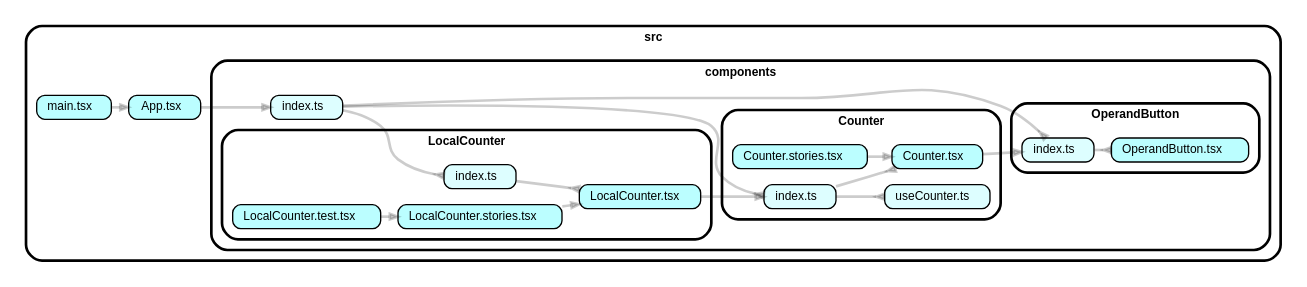
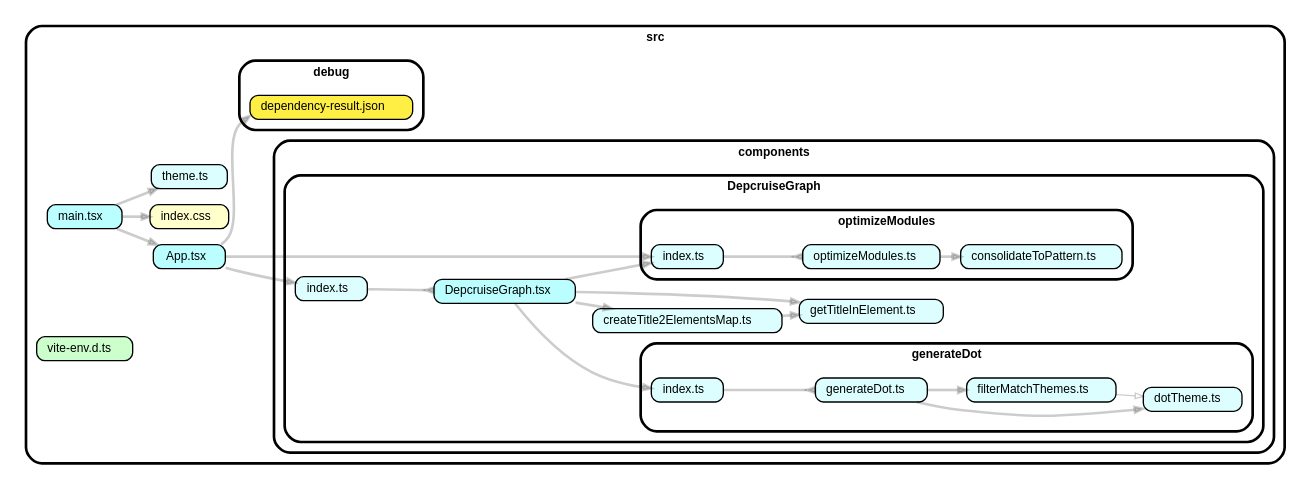
One commit to TakanoriOnuma/depcruise-visualizer changed the diagram in src/debug/dependency-result.dot. Above: the diagram before and after it, drawn with Graphviz. The commit also changed 5 other files, not shown here.

```diff
--- a/src/debug/dependency-result.dot
+++ b/src/debug/dependency-result.dot
@@ -3,31 +3,39 @@
     node [shape="box" style="rounded, filled" height="0.2" color="black" fillcolor="#ffffcc" fontcolor="black" fontname="Helvetica" fontsize="9"]
     edge [arrowhead="normal" arrowsize="0.6" penwidth="2.0" color="#00000033" fontname="Helvetica" fontsize="9"]
 
-    subgraph "cluster_src" {label="src" "src/App.tsx" [label=<App.tsx> tooltip="App.tsx" URL="https://github.com/TakanoriOnuma/trial-dependency-cruiser/blob/main/src/App.tsx" fillcolor="#bbfeff"] }
-    "src/App.tsx" -> "src/components/index.ts"
-    subgraph "cluster_src" {label="src" subgraph "cluster_src/components" {label="components" subgraph "cluster_src/components/Counter" {label="Counter" "src/components/Counter/Counter.stories.tsx" [label=<Counter.stories.tsx> tooltip="Counter.stories.tsx" URL="https://github.com/TakanoriOnuma/trial-dependency-cruiser/blob/main/src/components/Counter/Counter.stories.tsx" fillcolor="#bbfeff"] } } }
-    "src/components/Counter/Counter.stories.tsx" -> "src/components/Counter/Counter.tsx"
-    subgraph "cluster_src" {label="src" subgraph "cluster_src/components" {label="components" subgraph "cluster_src/components/Counter" {label="Counter" "src/components/Counter/Counter.tsx" [label=<Counter.tsx> tooltip="Counter.tsx" URL="https://github.com/TakanoriOnuma/trial-dependency-cruiser/blob/main/src/components/Counter/Counter.tsx" fillcolor="#bbfeff"] } } }
-    "src/components/Counter/Counter.tsx" -> "src/components/OperandButton/index.ts"
-    subgraph "cluster_src" {label="src" subgraph "cluster_src/components" {label="components" subgraph "cluster_src/components/Counter" {label="Counter" "src/components/Counter/index.ts" [label=<index.ts> tooltip="index.ts" URL="https://github.com/TakanoriOnuma/trial-dependency-cruiser/blob/main/src/components/Counter/index.ts" fillcolor="#ddfeff"] } } }
-    "src/components/Counter/index.ts" -> "src/components/Counter/Counter.tsx" [arrowhead="inv"]
-    "src/components/Counter/index.ts" -> "src/components/Counter/useCounter.ts" [arrowhead="inv"]
-    subgraph "cluster_src" {label="src" subgraph "cluster_src/components" {label="components" subgraph "cluster_src/components/Counter" {label="Counter" "src/components/Counter/useCounter.ts" [label=<useCounter.ts> tooltip="useCounter.ts" URL="https://github.com/TakanoriOnuma/trial-dependency-cruiser/blob/main/src/components/Counter/useCounter.ts" fillcolor="#ddfeff"] } } }
-    subgraph "cluster_src" {label="src" subgraph "cluster_src/components" {label="components" subgraph "cluster_src/components/LocalCounter" {label="LocalCounter" "src/components/LocalCounter/LocalCounter.stories.tsx" [label=<LocalCounter.stories.tsx> tooltip="LocalCounter.stories.tsx" URL="https://github.com/TakanoriOnuma/trial-dependency-cruiser/blob/main/src/components/LocalCounter/LocalCounter.stories.tsx" fillcolor="#bbfeff"] } } }
-    "src/components/LocalCounter/LocalCounter.stories.tsx" -> "src/components/LocalCounter/LocalCounter.tsx"
-    subgraph "cluster_src" {label="src" subgraph "cluster_src/components" {label="components" subgraph "cluster_src/components/LocalCounter" {label="LocalCounter" "src/components/LocalCounter/LocalCounter.test.tsx" [label=<LocalCounter.test.tsx> tooltip="LocalCounter.test.tsx" URL="https://github.com/TakanoriOnuma/trial-dependency-cruiser/blob/main/src/components/LocalCounter/LocalCounter.test.tsx" fillcolor="#bbfeff"] } } }
-    "src/components/LocalCounter/LocalCounter.test.tsx" -> "src/components/LocalCounter/LocalCounter.stories.tsx"
-    subgraph "cluster_src" {label="src" subgraph "cluster_src/components" {label="components" subgraph "cluster_src/components/LocalCounter" {label="LocalCounter" "src/components/LocalCounter/LocalCounter.tsx" [label=<LocalCounter.tsx> tooltip="LocalCounter.tsx" URL="https://github.com/TakanoriOnuma/trial-dependency-cruiser/blob/main/src/components/LocalCounter/LocalCounter.tsx" fillcolor="#bbfeff"] } } }
-    "src/components/LocalCounter/LocalCounter.tsx" -> "src/components/Counter/index.ts"
-    subgraph "cluster_src" {label="src" subgraph "cluster_src/components" {label="components" subgraph "cluster_src/components/LocalCounter" {label="LocalCounter" "src/components/LocalCounter/index.ts" [label=<index.ts> tooltip="index.ts" URL="https://github.com/TakanoriOnuma/trial-dependency-cruiser/blob/main/src/components/LocalCounter/index.ts" fillcolor="#ddfeff"] } } }
-    "src/components/LocalCounter/index.ts" -> "src/components/LocalCounter/LocalCounter.tsx" [arrowhead="inv"]
-    subgraph "cluster_src" {label="src" subgraph "cluster_src/components" {label="components" subgraph "cluster_src/components/OperandButton" {label="OperandButton" "src/components/OperandButton/OperandButton.tsx" [label=<OperandButton.tsx> tooltip="OperandButton.tsx" URL="https://github.com/TakanoriOnuma/trial-dependency-cruiser/blob/main/src/components/OperandButton/OperandButton.tsx" fillcolor="#bbfeff"] } } }
-    subgraph "cluster_src" {label="src" subgraph "cluster_src/components" {label="components" subgraph "cluster_src/components/OperandButton" {label="OperandButton" "src/components/OperandButton/index.ts" [label=<index.ts> tooltip="index.ts" URL="https://github.com/TakanoriOnuma/trial-dependency-cruiser/blob/main/src/components/OperandButton/index.ts" fillcolor="#ddfeff"] } } }
-    "src/components/OperandButton/index.ts" -> "src/components/OperandButton/OperandButton.tsx" [arrowhead="inv"]
-    subgraph "cluster_src" {label="src" subgraph "cluster_src/components" {label="components" "src/components/index.ts" [label=<index.ts> tooltip="index.ts" URL="https://github.com/TakanoriOnuma/trial-dependency-cruiser/blob/main/src/components/index.ts" fillcolor="#ddfeff"] } }
-    "src/components/index.ts" -> "src/components/Counter/index.ts" [arrowhead="inv"]
-    "src/components/index.ts" -> "src/components/LocalCounter/index.ts" [arrowhead="inv"]
-    "src/components/index.ts" -> "src/components/OperandButton/index.ts" [arrowhead="inv"]
-    subgraph "cluster_src" {label="src" "src/main.tsx" [label=<main.tsx> tooltip="main.tsx" URL="https://github.com/TakanoriOnuma/trial-dependency-cruiser/blob/main/src/main.tsx" fillcolor="#bbfeff"] }
+    subgraph "cluster_src" {label="src" "src/App.tsx" [label=<App.tsx> tooltip="App.tsx" URL="https://github.com/TakanoriOnuma/depcruise-visualizer/blob/main/src/App.tsx" fillcolor="#bbfeff"] }
+    "src/App.tsx" -> "src/components/DepcruiseGraph/index.ts"
+    "src/App.tsx" -> "src/components/DepcruiseGraph/optimizeModules/index.ts"
+    "src/App.tsx" -> "src/debug/dependency-result.json"
+    subgraph "cluster_src" {label="src" subgraph "cluster_src/components" {label="components" subgraph "cluster_src/components/DepcruiseGraph" {label="DepcruiseGraph" "src/components/DepcruiseGraph/DepcruiseGraph.tsx" [label=<DepcruiseGraph.tsx> tooltip="DepcruiseGraph.tsx" URL="https://github.com/TakanoriOnuma/depcruise-visualizer/blob/main/src/components/DepcruiseGraph/DepcruiseGraph.tsx" fillcolor="#bbfeff"] } } }
+    "src/components/DepcruiseGraph/DepcruiseGraph.tsx" -> "src/components/DepcruiseGraph/createTitle2ElementsMap.ts"
+    "src/components/DepcruiseGraph/DepcruiseGraph.tsx" -> "src/components/DepcruiseGraph/generateDot/index.ts"
+    "src/components/DepcruiseGraph/DepcruiseGraph.tsx" -> "src/components/DepcruiseGraph/getTitleInElement.ts"
+    "src/components/DepcruiseGraph/DepcruiseGraph.tsx" -> "src/components/DepcruiseGraph/optimizeModules/index.ts"
+    subgraph "cluster_src" {label="src" subgraph "cluster_src/components" {label="components" subgraph "cluster_src/components/DepcruiseGraph" {label="DepcruiseGraph" "src/components/DepcruiseGraph/createTitle2ElementsMap.ts" [label=<createTitle2ElementsMap.ts> tooltip="createTitle2ElementsMap.ts" URL="https://github.com/TakanoriOnuma/depcruise-visualizer/blob/main/src/components/DepcruiseGraph/createTitle2ElementsMap.ts" fillcolor="#ddfeff"] } } }
+    "src/components/DepcruiseGraph/createTitle2ElementsMap.ts" -> "src/components/DepcruiseGraph/getTitleInElement.ts"
+    subgraph "cluster_src" {label="src" subgraph "cluster_src/components" {label="components" subgraph "cluster_src/components/DepcruiseGraph" {label="DepcruiseGraph" subgraph "cluster_src/components/DepcruiseGraph/generateDot" {label="generateDot" "src/components/DepcruiseGraph/generateDot/dotTheme.ts" [label=<dotTheme.ts> tooltip="dotTheme.ts" URL="https://github.com/TakanoriOnuma/depcruise-visualizer/blob/main/src/components/DepcruiseGraph/generateDot/dotTheme.ts" fillcolor="#ddfeff"] } } } }
+    subgraph "cluster_src" {label="src" subgraph "cluster_src/components" {label="components" subgraph "cluster_src/components/DepcruiseGraph" {label="DepcruiseGraph" subgraph "cluster_src/components/DepcruiseGraph/generateDot" {label="generateDot" "src/components/DepcruiseGraph/generateDot/filterMatchThemes.ts" [label=<filterMatchThemes.ts> tooltip="filterMatchThemes.ts" URL="https://github.com/TakanoriOnuma/depcruise-visualizer/blob/main/src/components/DepcruiseGraph/generateDot/filterMatchThemes.ts" fillcolor="#ddfeff"] } } } }
+    "src/components/DepcruiseGraph/generateDot/filterMatchThemes.ts" -> "src/components/DepcruiseGraph/generateDot/dotTheme.ts" [arrowhead="onormal" penwidth="1.0"]
+    subgraph "cluster_src" {label="src" subgraph "cluster_src/components" {label="components" subgraph "cluster_src/components/DepcruiseGraph" {label="DepcruiseGraph" subgraph "cluster_src/components/DepcruiseGraph/generateDot" {label="generateDot" "src/components/DepcruiseGraph/generateDot/generateDot.ts" [label=<generateDot.ts> tooltip="generateDot.ts" URL="https://github.com/TakanoriOnuma/depcruise-visualizer/blob/main/src/components/DepcruiseGraph/generateDot/generateDot.ts" fillcolor="#ddfeff"] } } } }
+    "src/components/DepcruiseGraph/generateDot/generateDot.ts" -> "src/components/DepcruiseGraph/generateDot/dotTheme.ts"
+    "src/components/DepcruiseGraph/generateDot/generateDot.ts" -> "src/components/DepcruiseGraph/generateDot/filterMatchThemes.ts"
+    subgraph "cluster_src" {label="src" subgraph "cluster_src/components" {label="components" subgraph "cluster_src/components/DepcruiseGraph" {label="DepcruiseGraph" subgraph "cluster_src/components/DepcruiseGraph/generateDot" {label="generateDot" "src/components/DepcruiseGraph/generateDot/index.ts" [label=<index.ts> tooltip="index.ts" URL="https://github.com/TakanoriOnuma/depcruise-visualizer/blob/main/src/components/DepcruiseGraph/generateDot/index.ts" fillcolor="#ddfeff"] } } } }
+    "src/components/DepcruiseGraph/generateDot/index.ts" -> "src/components/DepcruiseGraph/generateDot/generateDot.ts" [arrowhead="inv"]
+    subgraph "cluster_src" {label="src" subgraph "cluster_src/components" {label="components" subgraph "cluster_src/components/DepcruiseGraph" {label="DepcruiseGraph" "src/components/DepcruiseGraph/getTitleInElement.ts" [label=<getTitleInElement.ts> tooltip="getTitleInElement.ts" URL="https://github.com/TakanoriOnuma/depcruise-visualizer/blob/main/src/components/DepcruiseGraph/getTitleInElement.ts" fillcolor="#ddfeff"] } } }
+    subgraph "cluster_src" {label="src" subgraph "cluster_src/components" {label="components" subgraph "cluster_src/components/DepcruiseGraph" {label="DepcruiseGraph" "src/components/DepcruiseGraph/index.ts" [label=<index.ts> tooltip="index.ts" URL="https://github.com/TakanoriOnuma/depcruise-visualizer/blob/main/src/components/DepcruiseGraph/index.ts" fillcolor="#ddfeff"] } } }
+    "src/components/DepcruiseGraph/index.ts" -> "src/components/DepcruiseGraph/DepcruiseGraph.tsx" [arrowhead="inv"]
+    subgraph "cluster_src" {label="src" subgraph "cluster_src/components" {label="components" subgraph "cluster_src/components/DepcruiseGraph" {label="DepcruiseGraph" subgraph "cluster_src/components/DepcruiseGraph/optimizeModules" {label="optimizeModules" "src/components/DepcruiseGraph/optimizeModules/consolidateToPattern.ts" [label=<consolidateToPattern.ts> tooltip="consolidateToPattern.ts" URL="https://github.com/TakanoriOnuma/depcruise-visualizer/blob/main/src/components/DepcruiseGraph/optimizeModules/consolidateToPattern.ts" fillcolor="#ddfeff"] } } } }
+    subgraph "cluster_src" {label="src" subgraph "cluster_src/components" {label="components" subgraph "cluster_src/components/DepcruiseGraph" {label="DepcruiseGraph" subgraph "cluster_src/components/DepcruiseGraph/optimizeModules" {label="optimizeModules" "src/components/DepcruiseGraph/optimizeModules/index.ts" [label=<index.ts> tooltip="index.ts" URL="https://github.com/TakanoriOnuma/depcruise-visualizer/blob/main/src/components/DepcruiseGraph/optimizeModules/index.ts" fillcolor="#ddfeff"] } } } }
+    "src/components/DepcruiseGraph/optimizeModules/index.ts" -> "src/components/DepcruiseGraph/optimizeModules/optimizeModules.ts" [arrowhead="inv"]
+    subgraph "cluster_src" {label="src" subgraph "cluster_src/components" {label="components" subgraph "cluster_src/components/DepcruiseGraph" {label="DepcruiseGraph" subgraph "cluster_src/components/DepcruiseGraph/optimizeModules" {label="optimizeModules" "src/components/DepcruiseGraph/optimizeModules/optimizeModules.ts" [label=<optimizeModules.ts> tooltip="optimizeModules.ts" URL="https://github.com/TakanoriOnuma/depcruise-visualizer/blob/main/src/components/DepcruiseGraph/optimizeModules/optimizeModules.ts" fillcolor="#ddfeff"] } } } }
+    "src/components/DepcruiseGraph/optimizeModules/optimizeModules.ts" -> "src/components/DepcruiseGraph/optimizeModules/consolidateToPattern.ts"
+    subgraph "cluster_src" {label="src" subgraph "cluster_src/debug" {label="debug" "src/debug/dependency-result.json" [label=<dependency-result.json> tooltip="dependency-result.json" URL="https://github.com/TakanoriOnuma/depcruise-visualizer/blob/main/src/debug/dependency-result.json" fillcolor="#ffee44"] } }
+    subgraph "cluster_src" {label="src" "src/index.css" [label=<index.css> tooltip="index.css" URL="https://github.com/TakanoriOnuma/depcruise-visualizer/blob/main/src/index.css" ] }
+    subgraph "cluster_src" {label="src" "src/main.tsx" [label=<main.tsx> tooltip="main.tsx" URL="https://github.com/TakanoriOnuma/depcruise-visualizer/blob/main/src/main.tsx" fillcolor="#bbfeff"] }
     "src/main.tsx" -> "src/App.tsx"
+    "src/main.tsx" -> "src/index.css"
+    "src/main.tsx" -> "src/theme.ts"
+    subgraph "cluster_src" {label="src" "src/theme.ts" [label=<theme.ts> tooltip="theme.ts" URL="https://github.com/TakanoriOnuma/depcruise-visualizer/blob/main/src/theme.ts" fillcolor="#ddfeff"] }
+    subgraph "cluster_src" {label="src" "src/vite-env.d.ts" [label=<vite-env.d.ts> tooltip="vite-env.d.ts" URL="https://github.com/TakanoriOnuma/depcruise-visualizer/blob/main/src/vite-env.d.ts" fillcolor="#ccffcc"] }
 }
```
